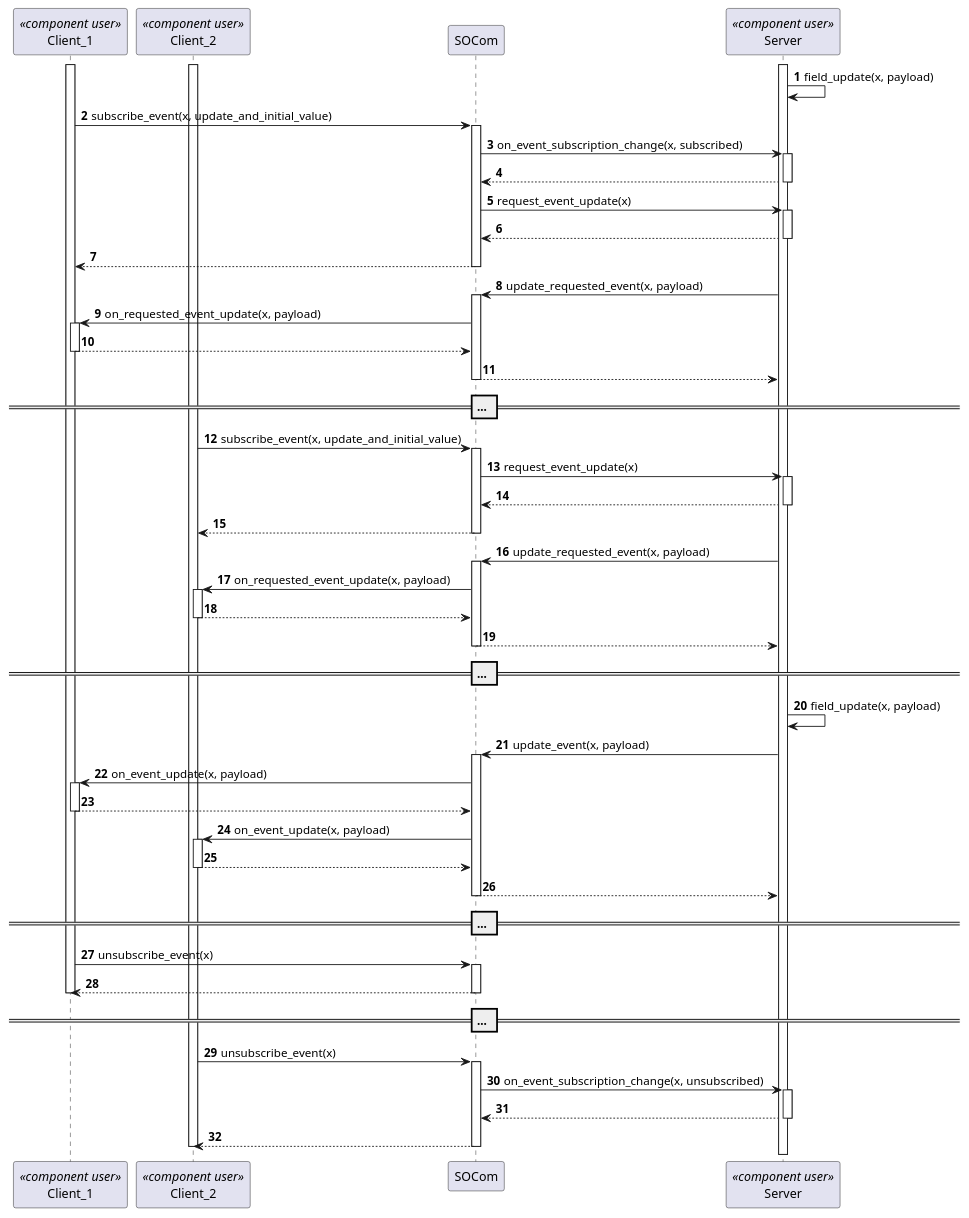
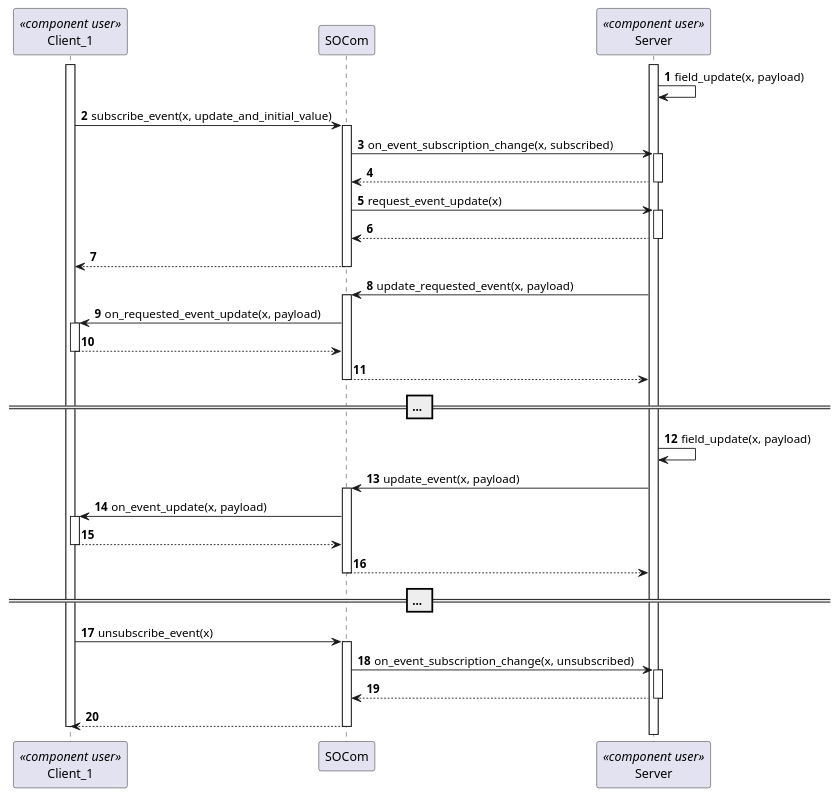
Before and after one commit to eclipse-score/inc_someip_gateway: the diagram in src/socom/doc/design/models/interaction_diagram_field_notification_communication.puml, drawn with PlantUML. The commit also changed 3 other files, not shown here.

Commit message:
remove multi client support from sequence diagrams and documents

```diff
--- a/src/socom/doc/design/models/interaction_diagram_field_notification_communication.puml
+++ b/src/socom/doc/design/models/interaction_diagram_field_notification_communication.puml
@@ -14,89 +14,58 @@
 @startuml
 participant Client_1 <<component user>>
-participant Client_2 <<component user>>
 participant SOCom
 participant Server <<component user>>
 
 autonumber
 
 activate Server
 activate Client_1
-activate Client_2
 
 Server -> Server : field_update(x, payload)
 
 Client_1 -> SOCom : subscribe_event(x, update_and_initial_value)
 
 activate SOCom
 
 SOCom -> Server : on_event_subscription_change(x, subscribed)
 activate Server
 return
 
 SOCom -> Server : request_event_update(x)
 activate Server
 return
 
 return
 
 Server -> SOCom : update_requested_event(x, payload)
 activate SOCom
 SOCom -> Client_1 : on_requested_event_update(x, payload)
 activate Client_1
 return
 return
 
 == ... ==
 
-Client_2 -> SOCom : subscribe_event(x, update_and_initial_value)
-activate SOCom
-
-SOCom -> Server : request_event_update(x)
-activate Server
-return
-return
-
-Server -> SOCom : update_requested_event(x, payload)
-activate SOCom
-
-SOCom -> Client_2 : on_requested_event_update(x, payload)
-activate Client_2
-return
-return
-
-== ... ==
-
 Server -> Server : field_update(x, payload)
 
 Server -> SOCom : update_event(x, payload)
 activate SOCom
 
 SOCom -> Client_1 : on_event_update(x, payload)
 activate Client_1
 return
 
-SOCom -> Client_2 : on_event_update(x, payload)
-activate Client_2
-return
-
 return
 
 == ... ==
 
 Client_1 -> SOCom : unsubscribe_event(x)
-activate SOCom
-return
-deactivate Client_1
-
-== ... ==
-
-Client_2 -> SOCom : unsubscribe_event(x)
 activate SOCom
 
 SOCom -> Server : on_event_subscription_change(x, unsubscribed)
 activate Server
 return
 
 return
-deactivate Client_2
+deactivate Client_1
 @enduml
```
